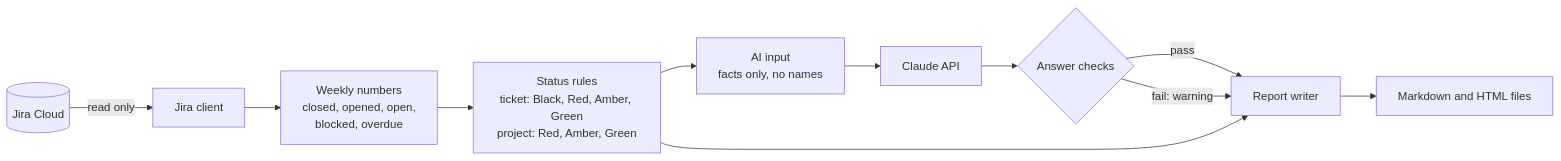
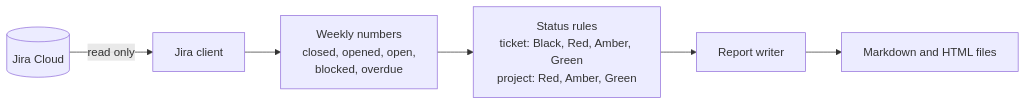
One commit to aswinguruswamy/status-report-generator changed the diagram in README.md. Above: the diagram before and after it, drawn with Mermaid. The commit also changed other lines of this file and 33 other files, not shown here.

````diff
--- a/README.md
+++ b/README.md
@@ -38,13 +39,8 @@
 ```mermaid
 flowchart LR
     J[(Jira Cloud)] -->|read only| C[Jira client]
     C --> M[Weekly numbers<br/>closed, opened, open,<br/>blocked, overdue]
     M --> R[Status rules<br/>ticket: Black, Red, Amber, Green<br/>project: Red, Amber, Green]
-    R --> A[AI input<br/>facts only, no names]
-    A --> L[Claude API]
-    L --> K{Answer checks}
-    K -->|pass| W[Report writer]
-    K -->|fail: warning| W
-    R --> W
+    R --> W[Report writer]
     W --> F[Markdown and HTML files]
 ```
````
